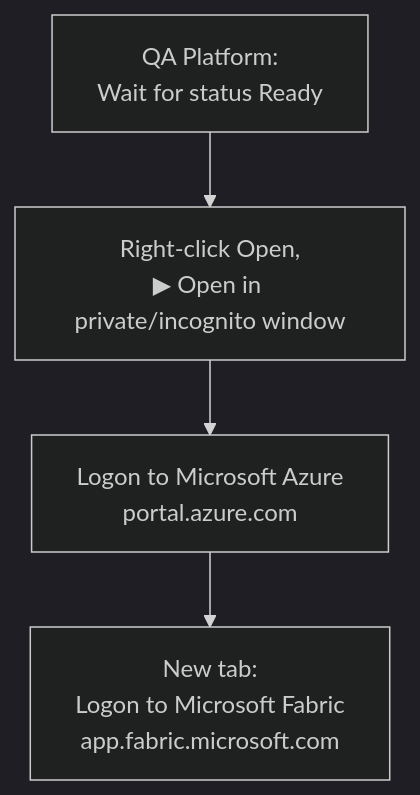
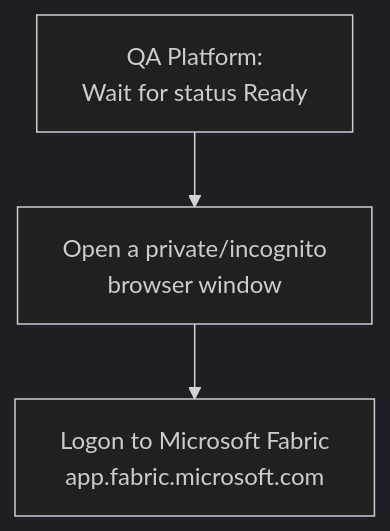
The diagram in docs/labs/run-locally.md (qaalabs/DE5M3), drawn with Mermaid (dark theme) before and after one commit. The commit also changed other lines of this file and 2 other files, not shown here.

Commit message:
Update VM logon insructions

````diff
--- a/docs/labs/run-locally.md
+++ b/docs/labs/run-locally.md
@@ -3,9 +3,8 @@
 ```mermaid
 flowchart TD
     A["QA Platform:<br/>Wait for status Ready"]
-    B["Right-click Open,<br/>▶ Open in private/incognito window"]
-    C["Logon to Microsoft Azure<br/>portal.azure.com"]
-    D["New tab:<br/>Logon to Microsoft Fabric<br/>app.fabric.microsoft.com"]
+    B["Open a private/incognito<br/>browser window"]
+    C["Logon to Microsoft Fabric<br/>app.fabric.microsoft.com"]
 
-    A --> B --> C --> D
+    A --> B --> C
 ```
````
